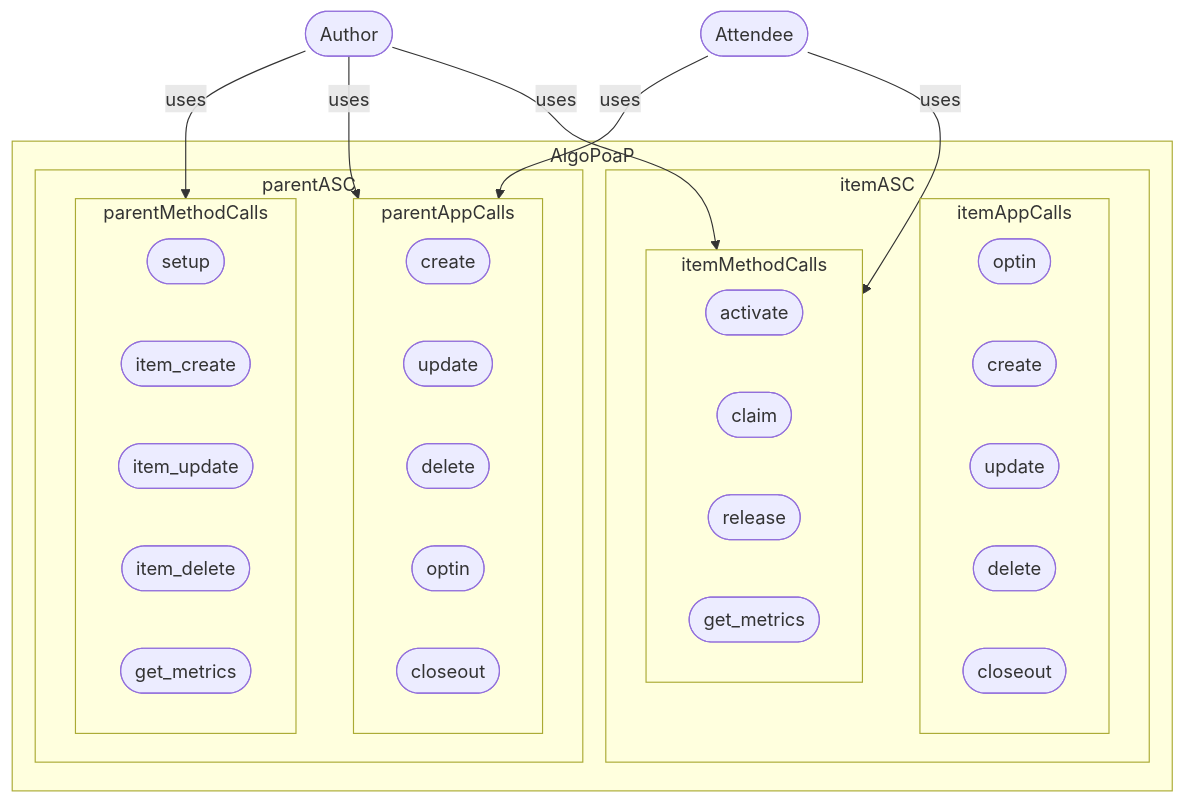
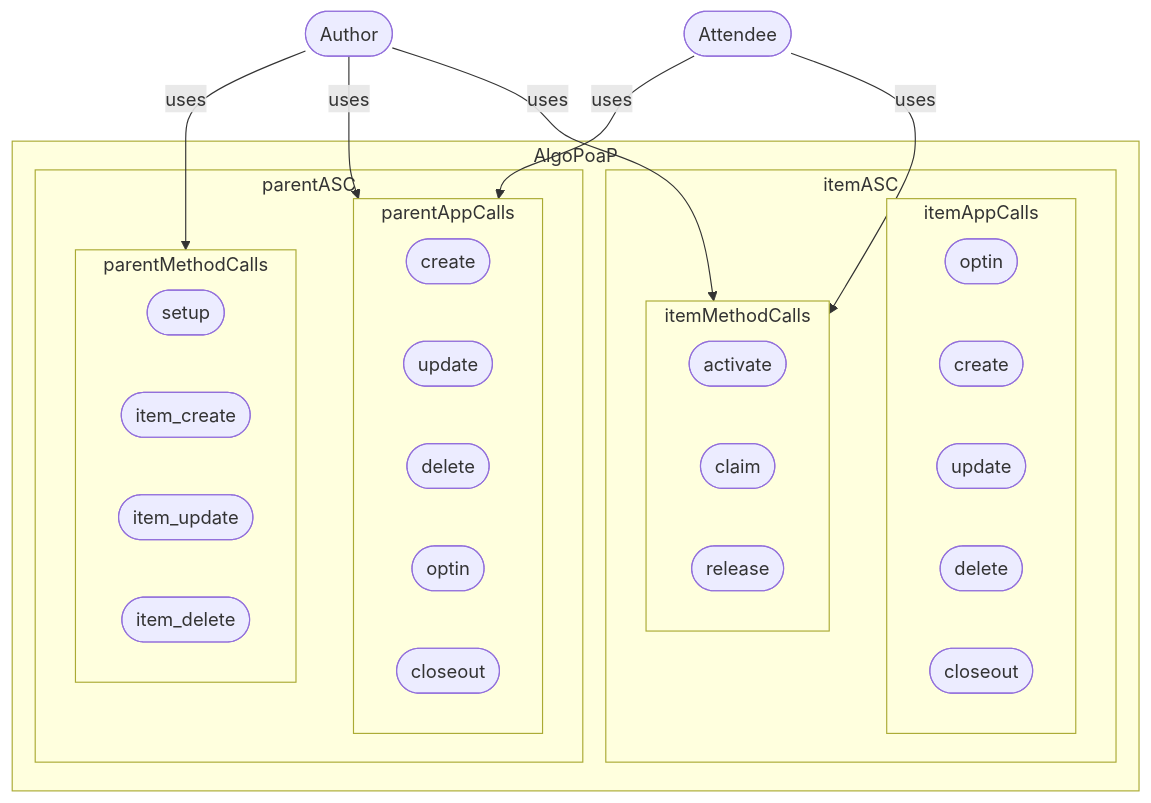
Before and after one commit to GoPlausible/.github: the sixth of 8 diagrams in profile/README.md, drawn with Mermaid. The commit also changed other lines of this file, not shown here.

````diff
--- a/profile/README.md
+++ b/profile/README.md
@@ -321,57 +321,54 @@
 ```mermaid
   flowchart TB
 
     id1([Author]) --uses--> parentMethodCalls
     id1([Author]) --uses--> parentAppCalls
     id1([Author]) --uses--> itemMethodCalls
     
 
     id2([Attendee]) --uses--> parentAppCalls 
     id2([Attendee]) --uses--> itemMethodCalls 
   
 
     subgraph AlgoPoaP
       
       subgraph parentASC
         subgraph parentAppCalls
         id3([create]) 
         id4([update]) 
         id5([delete]) 
         id6([optin]) 
         id7([closeout]) 
         end
         subgraph parentMethodCalls
         id61([setup]) 
         id8([item_create]) 
         id9([item_update]) 
         id10([item_delete]) 
-        id11([get_metric]) 
-        id11([get_metrics]) 
+ 
         end
       end
       subgraph itemASC
         
         
         subgraph itemAppCalls
         id12([optin])
         id13([create]) 
         id14([update]) 
         id15([delete]) 
         id17([closeout]) 
         end
         subgraph itemMethodCalls
         id18([setup]) 
         id18([activate]) 
         id19([claim]) 
         id20([release]) 
-        id21([get_metric]) 
-        id21([get_metrics]) 
         end
       end
       
     end 
    
     
     
 
 ```
````
